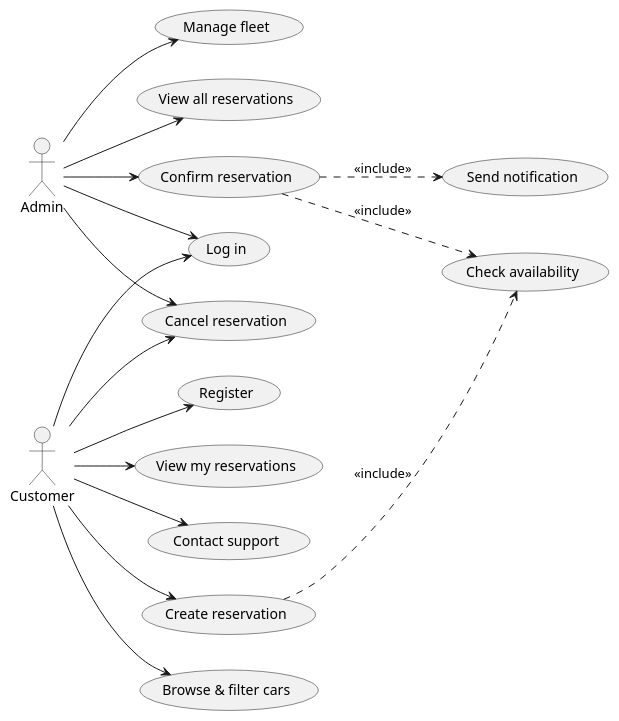
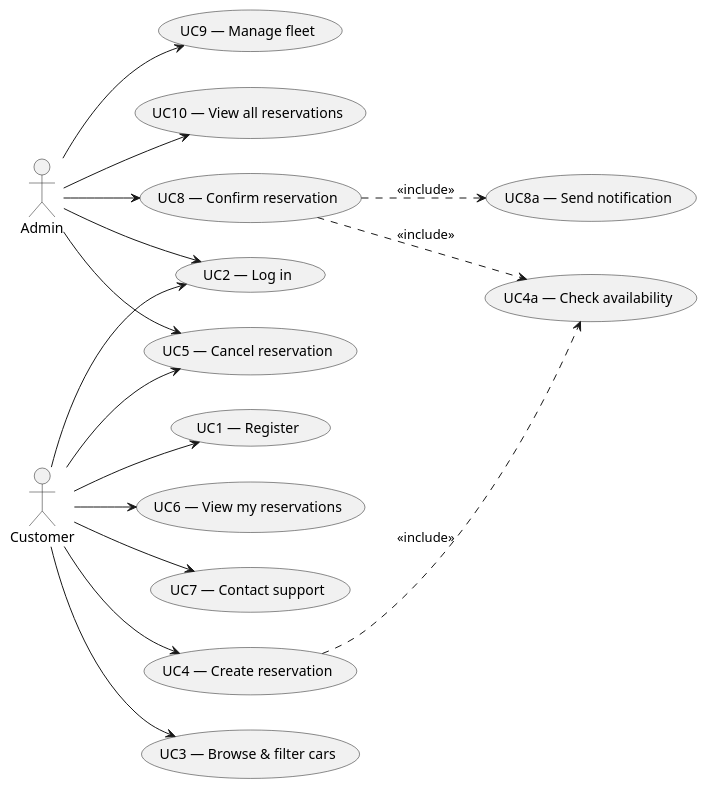
Before and after one commit to DavidMagyarics/CarRentalVSB: the diagram in docs/diagrams/use-case.puml, drawn with PlantUML.

Commit message:
docs: show UC IDs in the use case diagram labels

```diff
--- a/docs/diagrams/use-case.puml
+++ b/docs/diagrams/use-case.puml
@@ -1,38 +1,38 @@
 @startuml use-case
 left to right direction
 skinparam backgroundColor white
 
 actor "Customer" as Customer
 actor "Admin" as Admin
 
-usecase "Register" as UC1
-usecase "Log in" as UC2
-usecase "Browse & filter cars" as UC3
-usecase "Create reservation" as UC4
-usecase "Check availability" as UC4a
-usecase "Cancel reservation" as UC5
-usecase "View my reservations" as UC6
-usecase "Contact support" as UC7
-usecase "Confirm reservation" as UC8
-usecase "Send notification" as UC8a
-usecase "Manage fleet" as UC9
-usecase "View all reservations" as UC10
+usecase "UC1 — Register" as UC1
+usecase "UC2 — Log in" as UC2
+usecase "UC3 — Browse & filter cars" as UC3
+usecase "UC4 — Create reservation" as UC4
+usecase "UC4a — Check availability" as UC4a
+usecase "UC5 — Cancel reservation" as UC5
+usecase "UC6 — View my reservations" as UC6
+usecase "UC7 — Contact support" as UC7
+usecase "UC8 — Confirm reservation" as UC8
+usecase "UC8a — Send notification" as UC8a
+usecase "UC9 — Manage fleet" as UC9
+usecase "UC10 — View all reservations" as UC10
 
 Customer --> UC1
 Customer --> UC2
 Customer --> UC3
 Customer --> UC4
 Customer --> UC5
 Customer --> UC6
 Customer --> UC7
 
 Admin --> UC2
 Admin --> UC5
 Admin --> UC8
 Admin --> UC9
 Admin --> UC10
 
 UC4 ..> UC4a : <<include>>
 UC8 ..> UC4a : <<include>>
 UC8 ..> UC8a : <<include>>
 @enduml
```
